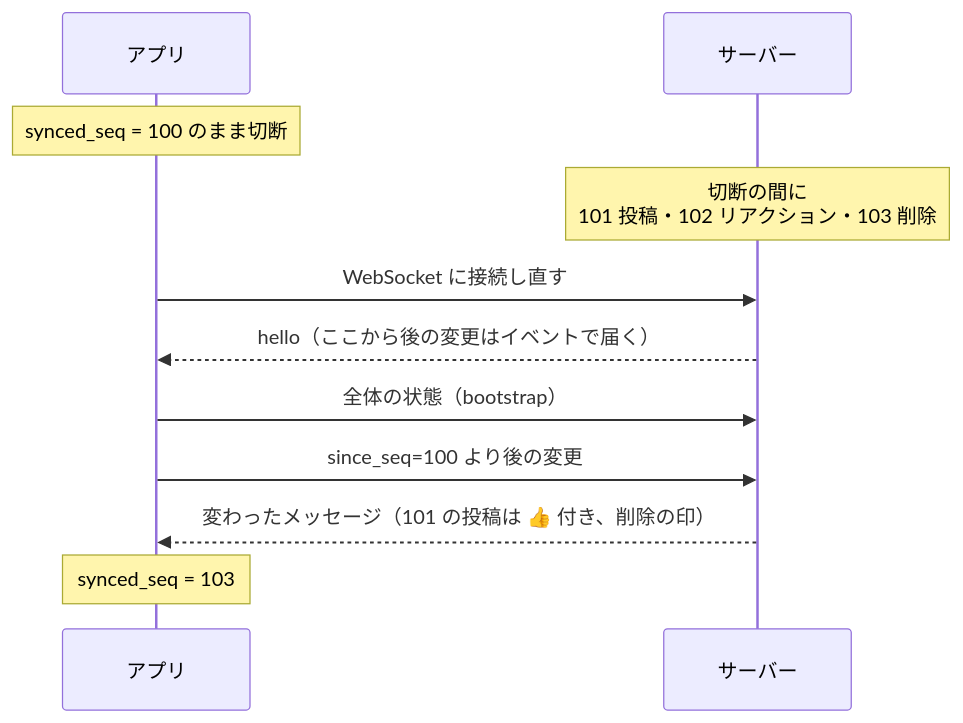
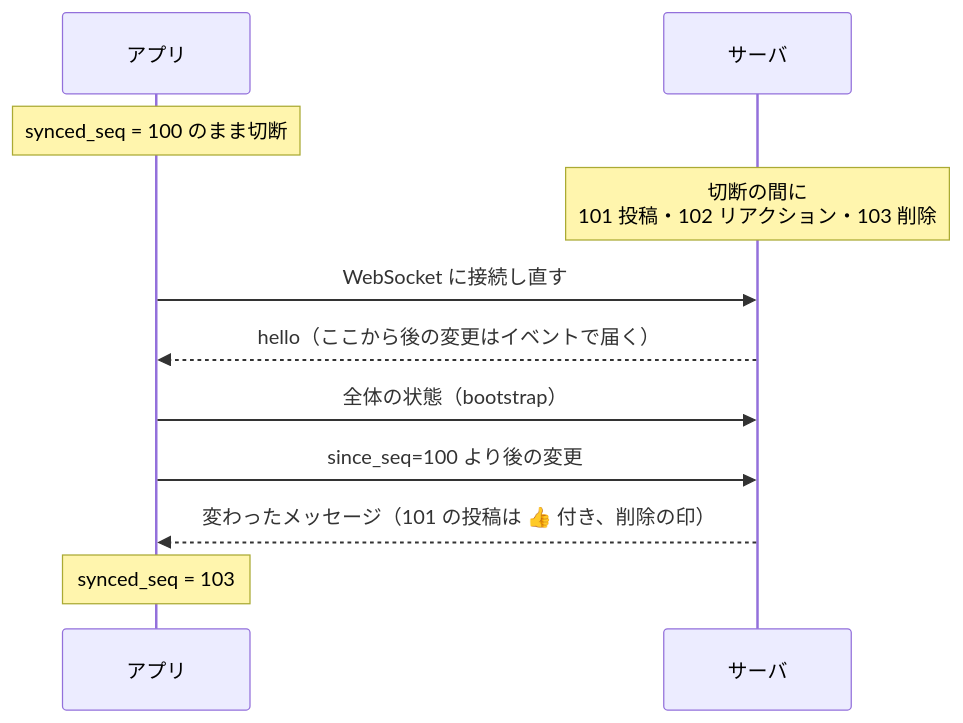
One commit to kanotown/taylis changed the third of 3 diagrams in website/docs/how-it-works/sync.md. Above: the diagram before and after it, drawn with Mermaid. The commit also changed other lines of this file and 79 other files, not shown here.

Commit message:
Japanese text: サーバー → サーバ everywhere (UI, error texts, docs, site)

````diff
--- a/website/docs/how-it-works/sync.md
+++ b/website/docs/how-it-works/sync.md
@@ -87,13 +87,13 @@
 ```mermaid
 sequenceDiagram
   participant B as アプリ
-  participant S as サーバー
+  participant S as サーバ
   Note over B: synced_seq = 100 のまま切断
   Note over S: 切断の間に<br>101 投稿・102 リアクション・103 削除
   B->>S: WebSocket に接続し直す
   S-->>B: hello（ここから後の変更はイベントで届く）
   B->>S: 全体の状態（bootstrap）
   B->>S: since_seq=100 より後の変更
   S-->>B: 変わったメッセージ（101 の投稿は 👍 付き、削除の印）
   Note over B: synced_seq = 103
 ```
````
